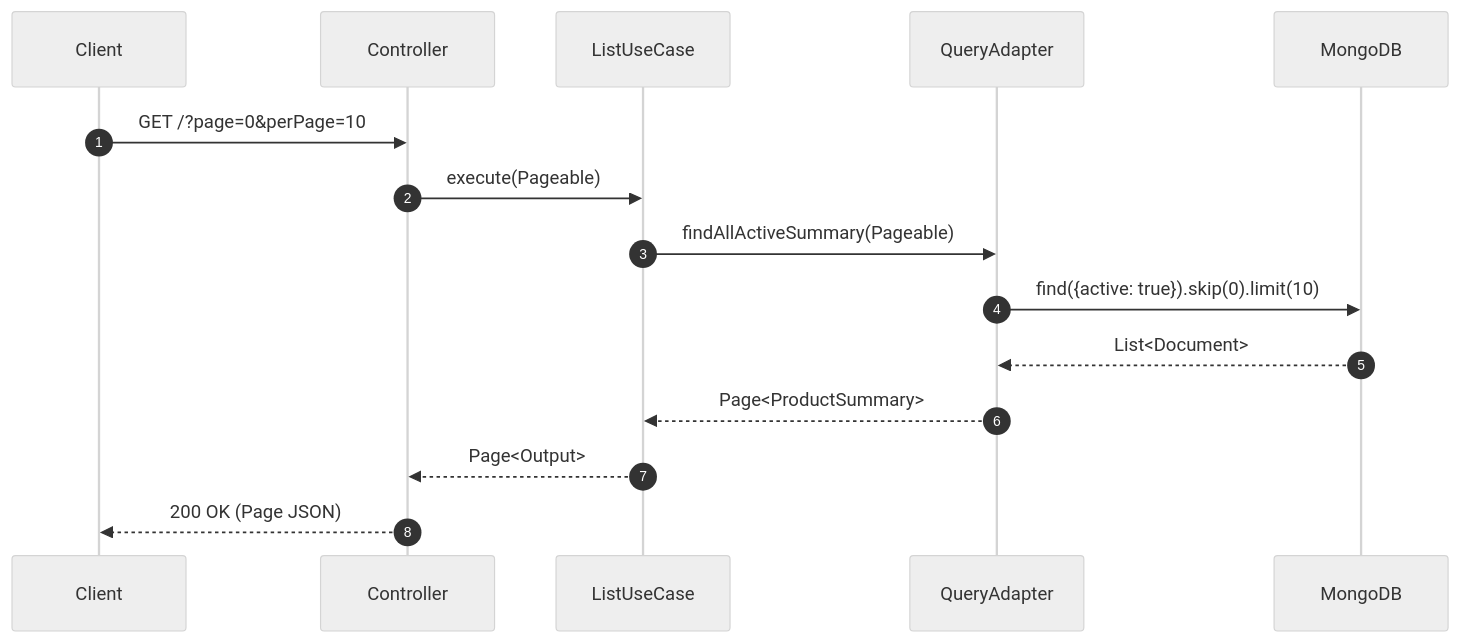
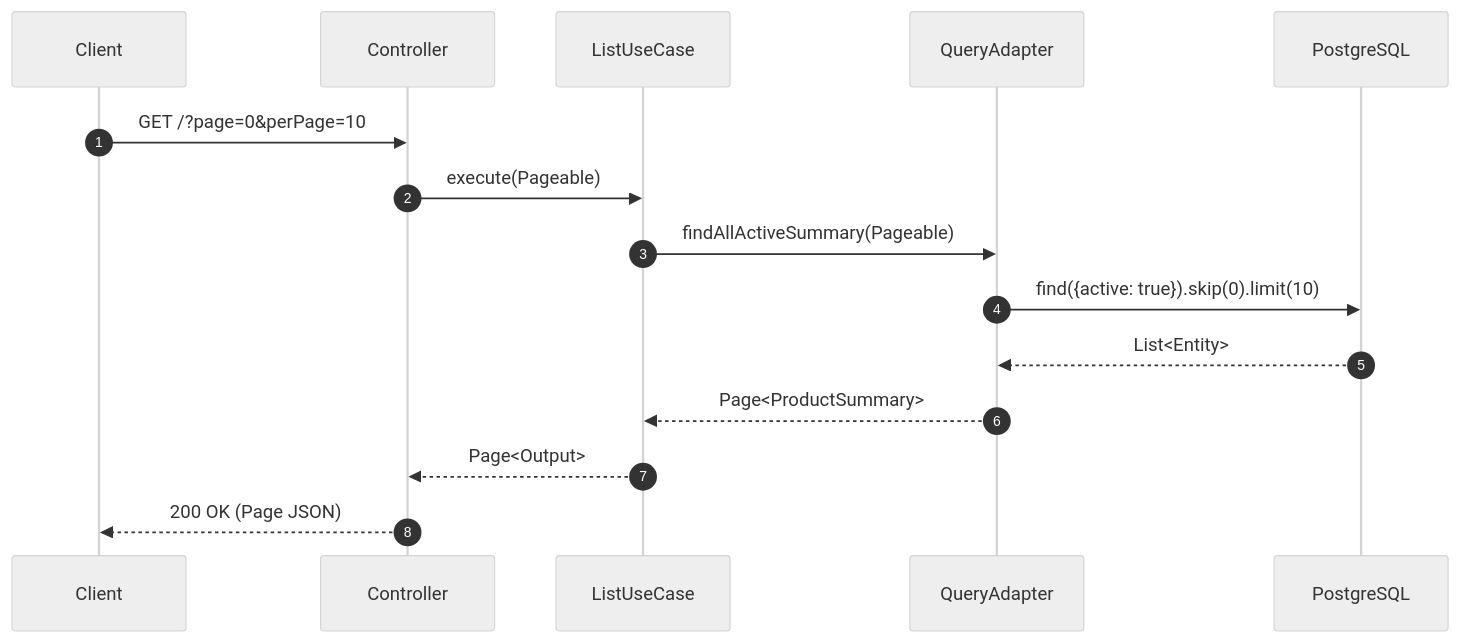
Before and after one commit to wallanpsantos/ms-product-catalog: the seventh of 11 diagrams in README.md, drawn with Mermaid (neutral theme). The commit also changed other lines of this file and 7 other files, not shown here.

First line of the commit message:
docs: atualiza documentação para refletir migração de MongoDB para PostgreSQL

````diff
--- a/README.md
+++ b/README.md
@@ -446,17 +446,17 @@
 ```mermaid
 sequenceDiagram
     autonumber
     participant C as Client
     participant CTRL as Controller
     participant UC as ListUseCase
     participant GW as QueryAdapter
-    participant DB as MongoDB
+    participant DB as PostgreSQL
     C ->> CTRL: GET /?page=0&perPage=10
     CTRL ->> UC: execute(Pageable)
     UC ->> GW: findAllActiveSummary(Pageable)
     GW ->> DB: find({active: true}).skip(0).limit(10)
-    DB -->> GW: List<Document>
+    DB -->> GW: List<Entity>
     GW -->> UC: Page<ProductSummary>
     UC -->> CTRL: Page<Output>
     CTRL -->> C: 200 OK (Page JSON)
 ```
````
